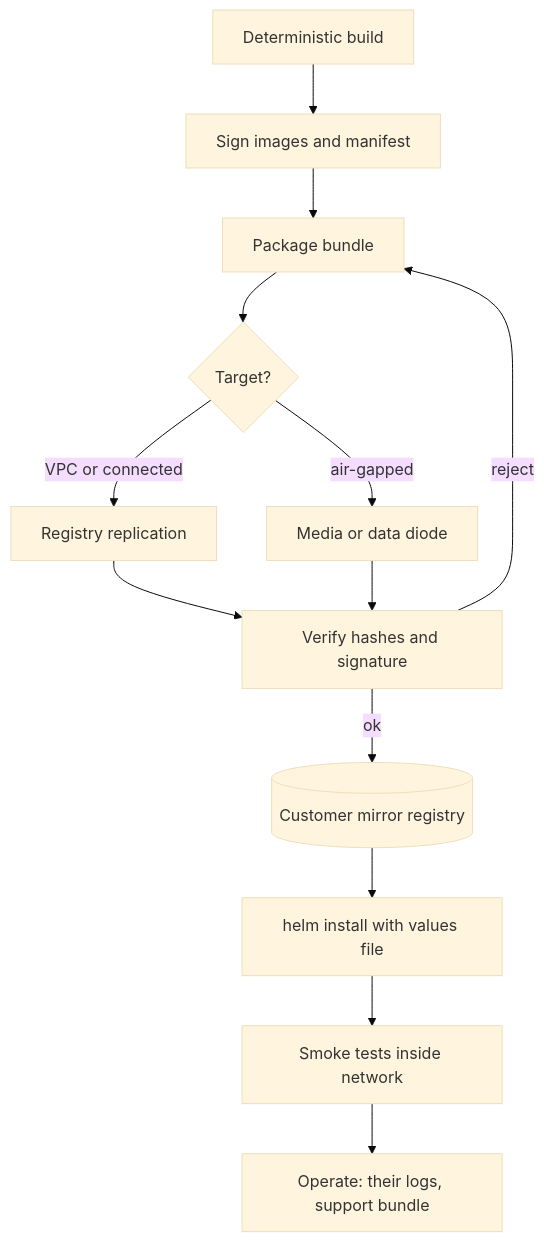
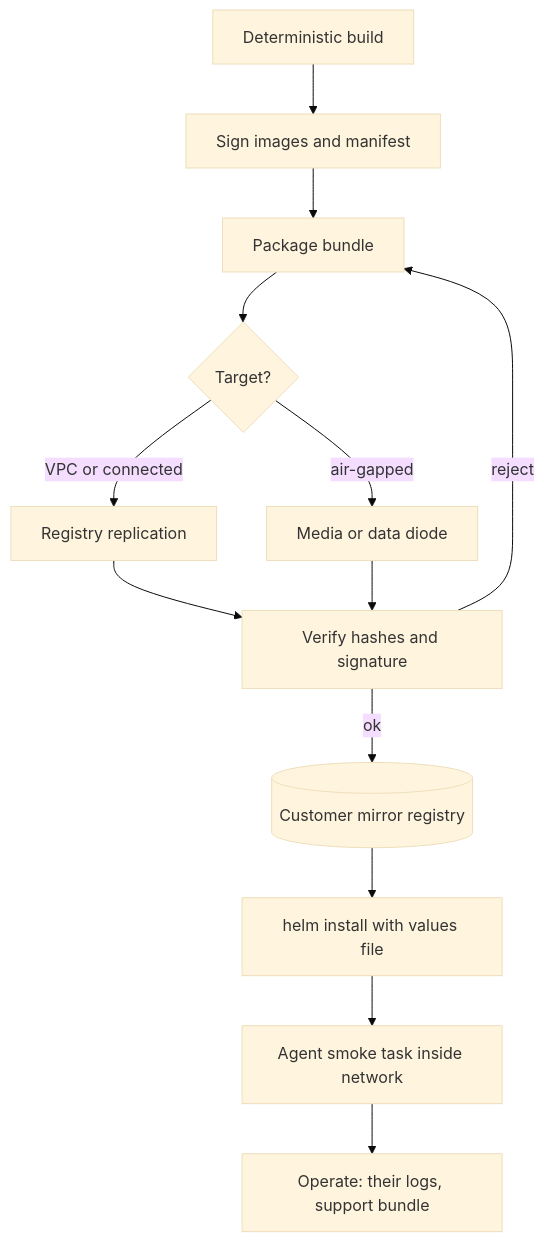
Before and after one commit to lovishmahajan97/agentic-learning: the diagram in content/deployment/customer-vpc-on-prem-air-gapped.md, drawn with Mermaid (base theme). The commit also changed other lines of this file and 485 other files, not shown here.

````diff
--- a/content/deployment/customer-vpc-on-prem-air-gapped.md
+++ b/content/deployment/customer-vpc-on-prem-air-gapped.md
@@ -148,15 +172,15 @@
 ```mermaid
 flowchart TD
     B["Deterministic build"] --> S["Sign images and manifest"]
     S --> P["Package bundle"]
     P --> T{"Target?"}
     T -->|"VPC or connected"| R["Registry replication"]
     T -->|"air-gapped"| M["Media or data diode"]
     R --> V["Verify hashes and signature"]
     M --> V
     V -->|"reject"| P
     V -->|"ok"| MR[("Customer mirror registry")]
     MR --> I["helm install with values file"]
-    I --> ST["Smoke tests inside network"]
+    I --> ST["Agent smoke task inside network"]
     ST --> O["Operate: their logs, support bundle"]
 ```
````
